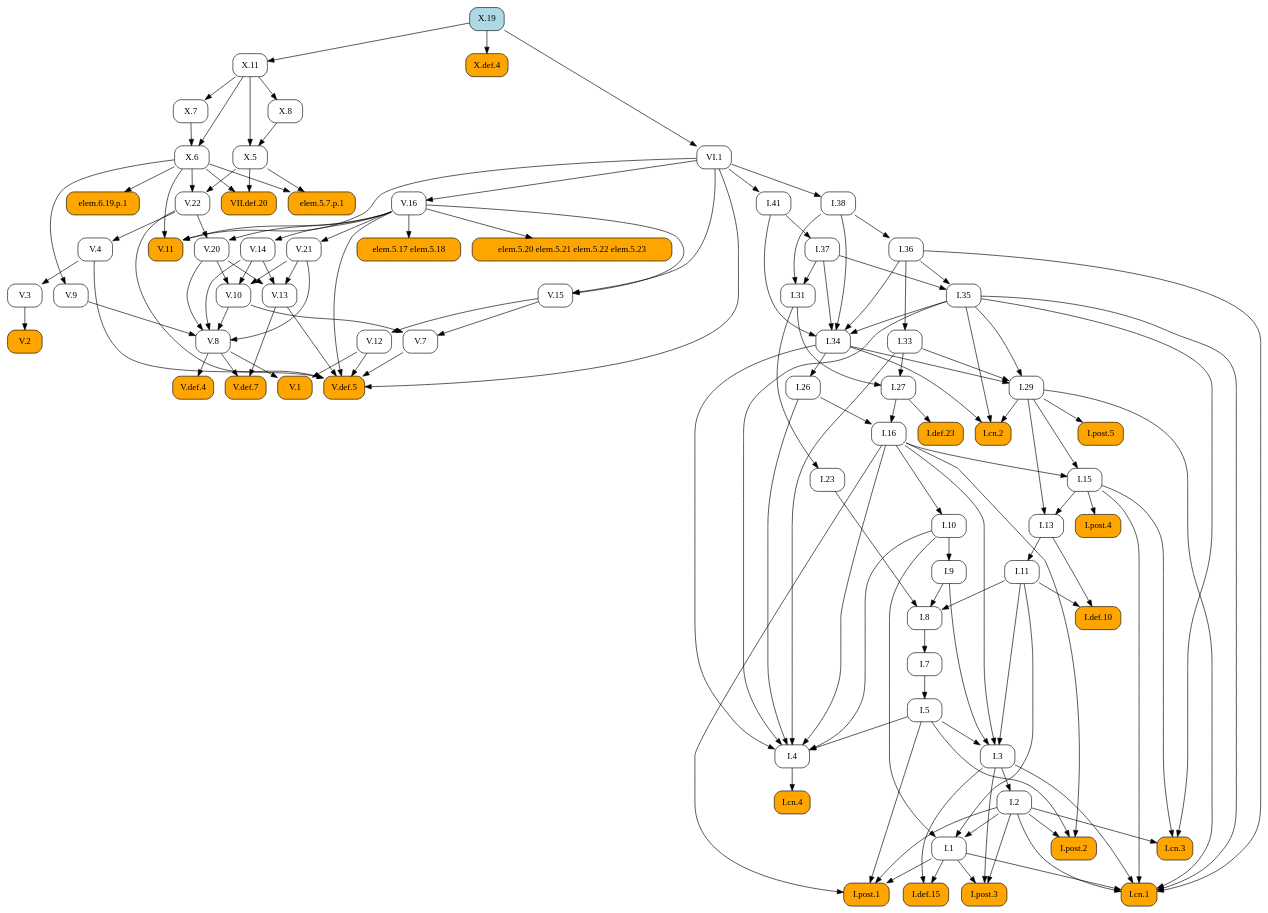
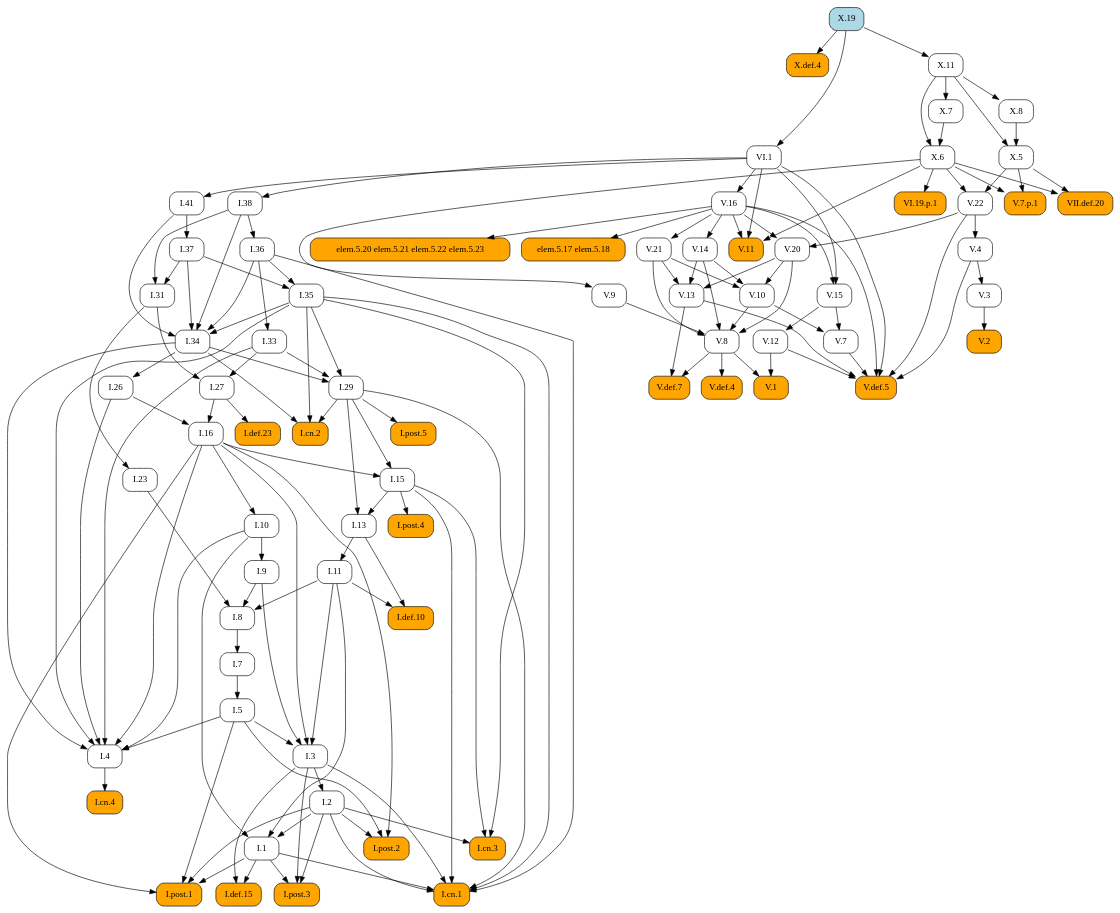
Before and after one commit to geometor/elements: the diagram in docsrc/heath/X/19/index.rst, drawn with Graphviz. The commit also changed 484 other files, not shown here.

```diff
--- a/docsrc/heath/X/19/index.rst
+++ b/docsrc/heath/X/19/index.rst
@@ -39,83 +39,164 @@
    digraph {
      rankdir="TB";
      node [shape=box, style=rounded];
+     "I.23" [URL="/heath/I/23/", target="_top"];
+     "I.9" [URL="/heath/I/9/", target="_top"];
+     "I.def.15" [style="rounded,filled", fillcolor=orange, URL="/heath/I/def.15/", target="_top"];
+     "V.13" [URL="/heath/V/13/", target="_top"];
+     "V.7" [URL="/heath/V/7/", target="_top"];
+     "elem.5.17 elem.5.18" [style="rounded,filled", fillcolor=orange];
+     "V.7.p.1" [style="rounded,filled", fillcolor=orange];
+     "I.post.1" [style="rounded,filled", fillcolor=orange, URL="/heath/I/post.1/", target="_top"];
+     "V.14" [URL="/heath/V/14/", target="_top"];
+     "X.6" [URL="/heath/X/6/", target="_top"];
+     "V.9" [URL="/heath/V/9/", target="_top"];
+     "I.31" [URL="/heath/I/31/", target="_top"];
+     "V.10" [URL="/heath/V/10/", target="_top"];
      "I.def.10" [style="rounded,filled", fillcolor=orange, URL="/heath/I/def.10/", target="_top"];
+     "V.4" [URL="/heath/V/4/", target="_top"];
+     "X.def.4" [style="rounded,filled", fillcolor=orange, URL="/heath/X/def.4/", target="_top"];
+     "VI.1" [URL="/heath/VI/1/", target="_top"];
+     "V.11" [style="rounded,filled", fillcolor=orange, URL="/heath/V/11/", target="_top"];
+     "I.34" [URL="/heath/I/34/", target="_top"];
+     "VII.def.20" [style="rounded,filled", fillcolor=orange, URL="/heath/VII/def.20/", target="_top"];
+     "I.3" [URL="/heath/I/3/", target="_top"];
+     "V.def.4" [style="rounded,filled", fillcolor=orange, URL="/heath/V/def.4/", target="_top"];
+     "X.19" [style="rounded,filled", fillcolor=lightblue, URL="/heath/X/19/", target="_top"];
+     "V.def.7" [style="rounded,filled", fillcolor=orange, URL="/heath/V/def.7/", target="_top"];
+     "V.21" [URL="/heath/V/21/", target="_top"];
+     "I.2" [URL="/heath/I/2/", target="_top"];
+     "V.3" [URL="/heath/V/3/", target="_top"];
+     "I.13" [URL="/heath/I/13/", target="_top"];
+     "I.post.4" [style="rounded,filled", fillcolor=orange, URL="/heath/I/post.4/", target="_top"];
+     "I.4" [URL="/heath/I/4/", target="_top"];
+     "I.1" [URL="/heath/I/1/", target="_top"];
+     "I.8" [URL="/heath/I/8/", target="_top"];
+     "I.29" [URL="/heath/I/29/", target="_top"];
+     "I.38" [URL="/heath/I/38/", target="_top"];
+     "V.8" [URL="/heath/V/8/", target="_top"];
+     "I.15" [URL="/heath/I/15/", target="_top"];
+     "I.10" [URL="/heath/I/10/", target="_top"];
      "I.11" [URL="/heath/I/11/", target="_top"];
-     "I.post.4" [style="rounded,filled", fillcolor=orange, URL="/heath/I/post.4/", target="_top"];
-     "I.1" [URL="/heath/I/1/", target="_top"];
+     "I.def.23" [style="rounded,filled", fillcolor=orange, URL="/heath/I/def.23/", target="_top"];
+     "I.26" [URL="/heath/I/26/", target="_top"];
+     "V.16" [URL="/heath/V/16/", target="_top"];
+     "I.33" [URL="/heath/I/33/", target="_top"];
+     "X.11" [URL="/heath/X/11/", target="_top"];
+     "X.8" [URL="/heath/X/8/", target="_top"];
+     "I.post.3" [style="rounded,filled", fillcolor=orange, URL="/heath/I/post.3/", target="_top"];
      "V.def.5" [style="rounded,filled", fillcolor=orange, URL="/heath/V/def.5/", target="_top"];
-     "V.13" [URL="/heath/V/13/", target="_top"];
-     "V.11" [style="rounded,filled", fillcolor=orange, URL="/heath/V/11/", target="_top"];
-     "I.post.3" [style="rounded,filled", fillcolor=orange, URL="/heath/I/post.3/", target="_top"];
-     "VI.1" [URL="/heath/VI/1/", target="_top"];
+     "V.20" [URL="/heath/V/20/", target="_top"];
+     "I.27" [URL="/heath/I/27/", target="_top"];
+     "V.12" [URL="/heath/V/12/", target="_top"];
+     "I.35" [URL="/heath/I/35/", target="_top"];
+     "I.cn.1" [style="rounded,filled", fillcolor=orange, URL="/heath/I/cn.1/", target="_top"];
+     "V.2" [style="rounded,filled", fillcolor=orange, URL="/heath/V/2/", target="_top"];
+     "I.7" [URL="/heath/I/7/", target="_top"];
+     "I.36" [URL="/heath/I/36/", target="_top"];
+     "X.5" [URL="/heath/X/5/", target="_top"];
+     "I.5" [URL="/heath/I/5/", target="_top"];
+     "I.37" [URL="/heath/I/37/", target="_top"];
+     "VI.19.p.1" [style="rounded,filled", fillcolor=orange];
      "I.cn.3" [style="rounded,filled", fillcolor=orange, URL="/heath/I/cn.3/", target="_top"];
-     "V.16" [URL="/heath/V/16/", target="_top"];
-     "V.3" [URL="/heath/V/3/", target="_top"];
+     "I.16" [URL="/heath/I/16/", target="_top"];
      "X.7" [URL="/heath/X/7/", target="_top"];
+     "V.22" [URL="/heath/V/22/", target="_top"];
+     "V.1" [style="rounded,filled", fillcolor=orange, URL="/heath/V/1/", target="_top"];
+     "I.cn.2" [style="rounded,filled", fillcolor=orange, URL="/heath/I/cn.2/", target="_top"];
+     "I.post.5" [style="rounded,filled", fillcolor=orange, URL="/heath/I/post.5/", target="_top"];
+     "I.cn.4" [style="rounded,filled", fillcolor=orange, URL="/heath/I/cn.4/", target="_top"];
      "I.41" [URL="/heath/I/41/", target="_top"];
-     "I.36" [URL="/heath/I/36/", target="_top"];
-     "I.27" [URL="/heath/I/27/", target="_top"];
-     "V.8" [URL="/heath/V/8/", target="_top"];
-     "I.37" [URL="/heath/I/37/", target="_top"];
-     "I.34" [URL="/heath/I/34/", target="_top"];
-     "I.2" [URL="/heath/I/2/", target="_top"];
-     "I.def.23" [style="rounded,filled", fillcolor=orange, URL="/heath/I/def.23/", target="_top"];
-     "I.33" [URL="/heath/I/33/", target="_top"];
-     "X.19" [style="rounded,filled", fillcolor=lightblue, URL="/heath/X/19/", target="_top"];
+     "V.15" [URL="/heath/V/15/", target="_top"];
      "I.post.2" [style="rounded,filled", fillcolor=orange, URL="/heath/I/post.2/", target="_top"];
      "elem.5.20 elem.5.21 elem.5.22 elem.5.23" [style="rounded,filled", fillcolor=orange];
-     "I.9" [URL="/heath/I/9/", target="_top"];
-     "X.def.4" [style="rounded,filled", fillcolor=orange, URL="/heath/X/def.4/", target="_top"];
-     "I.cn.4" [style="rounded,filled", fillcolor=orange, URL="/heath/I/cn.4/", target="_top"];
-     "V.def.4" [style="rounded,filled", fillcolor=orange, URL="/heath/V/def.4/", target="_top"];
-     "I.15" [URL="/heath/I/15/", target="_top"];
-     "I.38" [URL="/heath/I/38/", target="_top"];
-     "V.def.7" [style="rounded,filled", fillcolor=orange, URL="/heath/V/def.7/", target="_top"];
-     "VII.def.20" [style="rounded,filled", fillcolor=orange, URL="/heath/VII/def.20/", target="_top"];
-     "I.5" [URL="/heath/I/5/", target="_top"];
-     "V.21" [URL="/heath/V/21/", target="_top"];
-     "I.26" [URL="/heath/I/26/", target="_top"];
-     "V.14" [URL="/heath/V/14/", target="_top"];
-     "I.29" [URL="/heath/I/29/", target="_top"];
-     "V.12" [URL="/heath/V/12/", target="_top"];
-     "V.22" [URL="/heath/V/22/", target="_top"];
-     "I.cn.2" [style="rounded,filled", fillcolor=orange, URL="/heath/I/cn.2/", target="_top"];
-     "X.6" [URL="/heath/X/6/", target="_top"];
-     "X.8" [URL="/heath/X/8/", target="_top"];
-     "V.20" [URL="/heath/V/20/", target="_top"];
-     "V.10" [URL="/heath/V/10/", target="_top"];
-     "I.def.15" [style="rounded,filled", fillcolor=orange, URL="/heath/I/def.15/", target="_top"];
-     "V.15" [URL="/heath/V/15/", target="_top"];
-     "I.cn.1" [style="rounded,filled", fillcolor=orange, URL="/heath/I/cn.1/", target="_top"];
-     "V.7" [URL="/heath/V/7/", target="_top"];
-     "V.9" [URL="/heath/V/9/", target="_top"];
-     "I.23" [URL="/heath/I/23/", target="_top"];
-     "I.post.1" [style="rounded,filled", fillcolor=orange, URL="/heath/I/post.1/", target="_top"];
-     "elem.6.19.p.1" [style="rounded,filled", fillcolor=orange];
-     "I.35" [URL="/heath/I/35/", target="_top"];
-     "I.7" [URL="/heath/I/7/", target="_top"];
-     "I.3" [URL="/heath/I/3/", target="_top"];
-     "I.4" [URL="/heath/I/4/", target="_top"];
-     "I.13" [URL="/heath/I/13/", target="_top"];
-     "V.4" [URL="/heath/V/4/", target="_top"];
-     "elem.5.7.p.1" [style="rounded,filled", fillcolor=orange];
-     "I.31" [URL="/heath/I/31/", target="_top"];
-     "V.1" [style="rounded,filled", fillcolor=orange, URL="/heath/V/1/", target="_top"];
-     "I.16" [URL="/heath/I/16/", target="_top"];
-     "elem.5.17 elem.5.18" [style="rounded,filled", fillcolor=orange];
-     "X.5" [URL="/heath/X/5/", target="_top"];
-     "X.11" [URL="/heath/X/11/", target="_top"];
-     "I.8" [URL="/heath/I/8/", target="_top"];
-     "V.2" [style="rounded,filled", fillcolor=orange, URL="/heath/V/2/", target="_top"];
-     "I.post.5" [style="rounded,filled", fillcolor=orange, URL="/heath/I/post.5/", target="_top"];
-     "I.10" [URL="/heath/I/10/", target="_top"];
+     "I.31" -> "I.23";
+     "I.10" -> "I.9";
+     "I.1" -> "I.def.15";
+     "I.3" -> "I.def.15";
+     "V.14" -> "V.13";
+     "V.20" -> "V.13";
+     "V.21" -> "V.13";
+     "V.10" -> "V.7";
+     "V.15" -> "V.7";
+     "V.16" -> "elem.5.17 elem.5.18";
+     "X.5" -> "V.7.p.1";
+     "X.6" -> "V.7.p.1";
+     "I.1" -> "I.post.1";
+     "I.2" -> "I.post.1";
+     "I.5" -> "I.post.1";
+     "I.16" -> "I.post.1";
+     "V.16" -> "V.14";
+     "X.7" -> "X.6";
+     "X.11" -> "X.6";
+     "X.6" -> "V.9";
+     "I.37" -> "I.31";
+     "I.38" -> "I.31";
+     "V.14" -> "V.10";
+     "V.20" -> "V.10";
+     "V.21" -> "V.10";
      "I.11" -> "I.def.10";
      "I.13" -> "I.def.10";
-     "I.13" -> "I.11";
+     "V.22" -> "V.4";
+     "X.19" -> "X.def.4";
+     "X.19" -> "VI.1";
+     "V.16" -> "V.11";
+     "VI.1" -> "V.11";
+     "X.6" -> "V.11";
+     "I.35" -> "I.34";
+     "I.36" -> "I.34";
+     "I.37" -> "I.34";
+     "I.38" -> "I.34";
+     "I.41" -> "I.34";
+     "X.5" -> "VII.def.20";
+     "X.6" -> "VII.def.20";
+     "I.5" -> "I.3";
+     "I.9" -> "I.3";
+     "I.11" -> "I.3";
+     "I.16" -> "I.3";
+     "V.8" -> "V.def.4";
+     "V.8" -> "V.def.7";
+     "V.13" -> "V.def.7";
+     "V.16" -> "V.21";
+     "I.3" -> "I.2";
+     "V.4" -> "V.3";
+     "I.15" -> "I.13";
+     "I.29" -> "I.13";
      "I.15" -> "I.post.4";
+     "I.5" -> "I.4";
+     "I.10" -> "I.4";
+     "I.16" -> "I.4";
+     "I.26" -> "I.4";
+     "I.33" -> "I.4";
+     "I.34" -> "I.4";
+     "I.35" -> "I.4";
      "I.2" -> "I.1";
      "I.10" -> "I.1";
      "I.11" -> "I.1";
+     "I.9" -> "I.8";
+     "I.11" -> "I.8";
+     "I.23" -> "I.8";
+     "I.33" -> "I.29";
+     "I.34" -> "I.29";
+     "I.35" -> "I.29";
+     "VI.1" -> "I.38";
+     "V.9" -> "V.8";
+     "V.10" -> "V.8";
+     "V.14" -> "V.8";
+     "V.20" -> "V.8";
+     "V.21" -> "V.8";
+     "I.16" -> "I.15";
+     "I.29" -> "I.15";
+     "I.16" -> "I.10";
+     "I.13" -> "I.11";
+     "I.27" -> "I.def.23";
+     "I.34" -> "I.26";
+     "VI.1" -> "V.16";
+     "I.36" -> "I.33";
+     "X.19" -> "X.11";
+     "X.11" -> "X.8";
+     "I.1" -> "I.post.3";
+     "I.2" -> "I.post.3";
+     "I.3" -> "I.post.3";
      "V.4" -> "V.def.5";
      "V.7" -> "V.def.5";
      "V.12" -> "V.def.5";
@@ -123,80 +204,13 @@
      "V.16" -> "V.def.5";
      "V.22" -> "V.def.5";
      "VI.1" -> "V.def.5";
-     "V.14" -> "V.13";
-     "V.20" -> "V.13";
-     "V.21" -> "V.13";
-     "V.16" -> "V.11";
-     "VI.1" -> "V.11";
-     "X.6" -> "V.11";
-     "I.1" -> "I.post.3";
-     "I.2" -> "I.post.3";
-     "I.3" -> "I.post.3";
-     "X.19" -> "VI.1";
-     "I.2" -> "I.cn.3";
-     "I.15" -> "I.cn.3";
-     "I.35" -> "I.cn.3";
-     "VI.1" -> "V.16";
-     "V.4" -> "V.3";
-     "X.11" -> "X.7";
-     "VI.1" -> "I.41";
-     "I.38" -> "I.36";
+     "V.16" -> "V.20";
+     "V.22" -> "V.20";
      "I.31" -> "I.27";
      "I.33" -> "I.27";
-     "V.9" -> "V.8";
-     "V.10" -> "V.8";
-     "V.14" -> "V.8";
-     "V.20" -> "V.8";
-     "V.21" -> "V.8";
-     "I.41" -> "I.37";
-     "I.35" -> "I.34";
-     "I.36" -> "I.34";
-     "I.37" -> "I.34";
-     "I.38" -> "I.34";
-     "I.41" -> "I.34";
-     "I.3" -> "I.2";
-     "I.27" -> "I.def.23";
-     "I.36" -> "I.33";
-     "I.2" -> "I.post.2";
-     "I.5" -> "I.post.2";
-     "I.16" -> "I.post.2";
-     "V.16" -> "elem.5.20 elem.5.21 elem.5.22 elem.5.23";
-     "I.10" -> "I.9";
-     "X.19" -> "X.def.4";
-     "I.4" -> "I.cn.4";
-     "V.8" -> "V.def.4";
-     "I.16" -> "I.15";
-     "I.29" -> "I.15";
-     "VI.1" -> "I.38";
-     "V.8" -> "V.def.7";
-     "V.13" -> "V.def.7";
-     "X.5" -> "VII.def.20";
-     "X.6" -> "VII.def.20";
-     "I.7" -> "I.5";
-     "V.16" -> "V.21";
-     "I.34" -> "I.26";
-     "V.16" -> "V.14";
-     "I.33" -> "I.29";
-     "I.34" -> "I.29";
-     "I.35" -> "I.29";
      "V.15" -> "V.12";
-     "X.5" -> "V.22";
-     "X.6" -> "V.22";
-     "I.29" -> "I.cn.2";
-     "I.34" -> "I.cn.2";
-     "I.35" -> "I.cn.2";
-     "X.7" -> "X.6";
-     "X.11" -> "X.6";
-     "X.11" -> "X.8";
-     "V.16" -> "V.20";
-     "V.22" -> "V.20";
-     "V.14" -> "V.10";
-     "V.20" -> "V.10";
-     "V.21" -> "V.10";
-     "I.1" -> "I.def.15";
-     "I.3" -> "I.def.15";
-     "V.16" -> "V.15";
-     "VI.1" -> "V.15";
+     "I.36" -> "I.35";
+     "I.37" -> "I.35";
      "I.1" -> "I.cn.1";
      "I.2" -> "I.cn.1";
      "I.3" -> "I.cn.1";
@@ -204,48 +218,34 @@
      "I.29" -> "I.cn.1";
      "I.35" -> "I.cn.1";
      "I.36" -> "I.cn.1";
-     "V.10" -> "V.7";
-     "V.15" -> "V.7";
-     "X.6" -> "V.9";
-     "I.31" -> "I.23";
-     "I.1" -> "I.post.1";
-     "I.2" -> "I.post.1";
-     "I.5" -> "I.post.1";
-     "I.16" -> "I.post.1";
-     "X.6" -> "elem.6.19.p.1";
-     "I.36" -> "I.35";
-     "I.37" -> "I.35";
+     "V.3" -> "V.2";
      "I.8" -> "I.7";
-     "I.5" -> "I.3";
-     "I.9" -> "I.3";
-     "I.11" -> "I.3";
-     "I.16" -> "I.3";
-     "I.5" -> "I.4";
-     "I.10" -> "I.4";
-     "I.16" -> "I.4";
-     "I.26" -> "I.4";
-     "I.33" -> "I.4";
-     "I.34" -> "I.4";
-     "I.35" -> "I.4";
-     "I.15" -> "I.13";
-     "I.29" -> "I.13";
-     "V.22" -> "V.4";
-     "X.5" -> "elem.5.7.p.1";
-     "X.6" -> "elem.5.7.p.1";
-     "I.37" -> "I.31";
-     "I.38" -> "I.31";
+     "I.38" -> "I.36";
+     "X.8" -> "X.5";
+     "X.11" -> "X.5";
+     "I.7" -> "I.5";
+     "I.41" -> "I.37";
+     "X.6" -> "VI.19.p.1";
+     "I.2" -> "I.cn.3";
+     "I.15" -> "I.cn.3";
+     "I.35" -> "I.cn.3";
+     "I.26" -> "I.16";
+     "I.27" -> "I.16";
+     "X.11" -> "X.7";
+     "X.5" -> "V.22";
+     "X.6" -> "V.22";
      "V.8" -> "V.1";
      "V.12" -> "V.1";
-     "I.26" -> "I.16";
-     "I.27" -> "I.16";
-     "V.16" -> "elem.5.17 elem.5.18";
-     "X.8" -> "X.5";
-     "X.11" -> "X.5";
-     "X.19" -> "X.11";
-     "I.9" -> "I.8";
-     "I.11" -> "I.8";
-     "I.23" -> "I.8";
-     "V.3" -> "V.2";
+     "I.29" -> "I.cn.2";
+     "I.34" -> "I.cn.2";
+     "I.35" -> "I.cn.2";
      "I.29" -> "I.post.5";
-     "I.16" -> "I.10";
+     "I.4" -> "I.cn.4";
+     "VI.1" -> "I.41";
+     "V.16" -> "V.15";
+     "VI.1" -> "V.15";
+     "I.2" -> "I.post.2";
+     "I.5" -> "I.post.2";
+     "I.16" -> "I.post.2";
+     "V.16" -> "elem.5.20 elem.5.21 elem.5.22 elem.5.23";
    }
```
